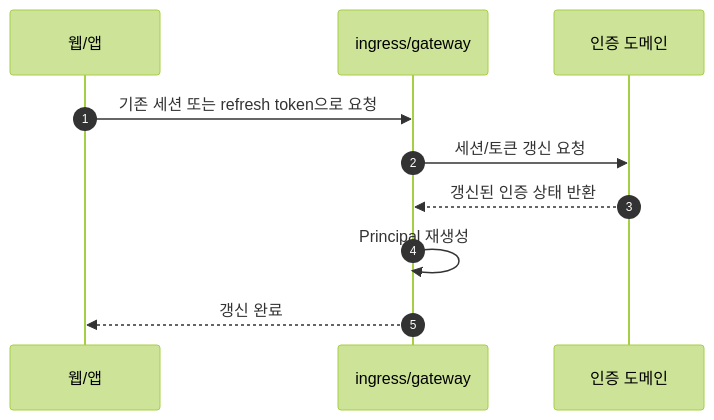
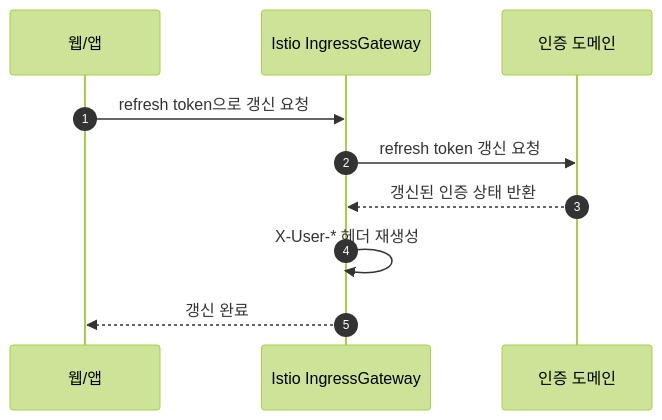
One commit to Medikong/archive changed the eighth of 15 diagrams in features/auth-user/01-scenarios.md. Above: the diagram before and after it, drawn with Mermaid (forest theme). The commit also changed other lines of this file and 5 other files, not shown here.

Commit message:
docs(auth-user): revise auth user service design

````diff
--- a/features/auth-user/01-scenarios.md
+++ b/features/auth-user/01-scenarios.md
@@ -426,13 +508,13 @@
 ```mermaid
 sequenceDiagram
     autonumber
     participant C as 웹/앱
-    participant GW as ingress/gateway
+    participant GW as Istio IngressGateway
     participant AUTH as 인증 도메인
 
-    C->>GW: 기존 세션 또는 refresh token으로 요청
-    GW->>AUTH: 세션/토큰 갱신 요청
+    C->>GW: refresh token으로 갱신 요청
+    GW->>AUTH: refresh token 갱신 요청
     AUTH-->>GW: 갱신된 인증 상태 반환
-    GW->>GW: Principal 재생성
+    GW->>GW: X-User-* 헤더 재생성
     GW-->>C: 갱신 완료
 ```
````
